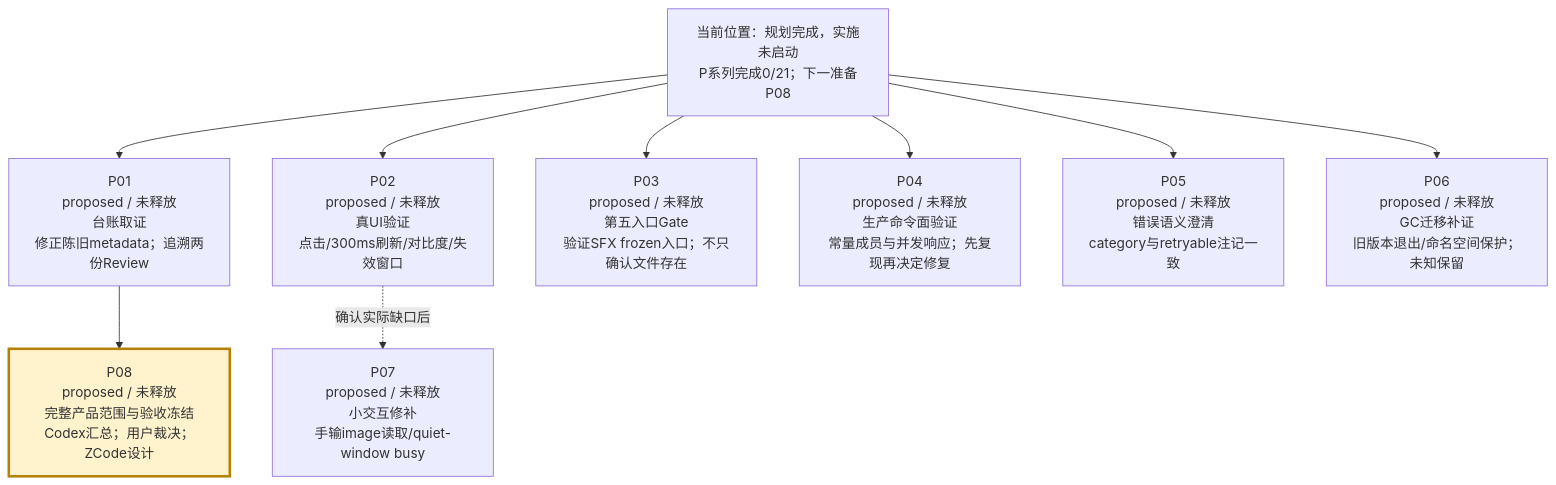
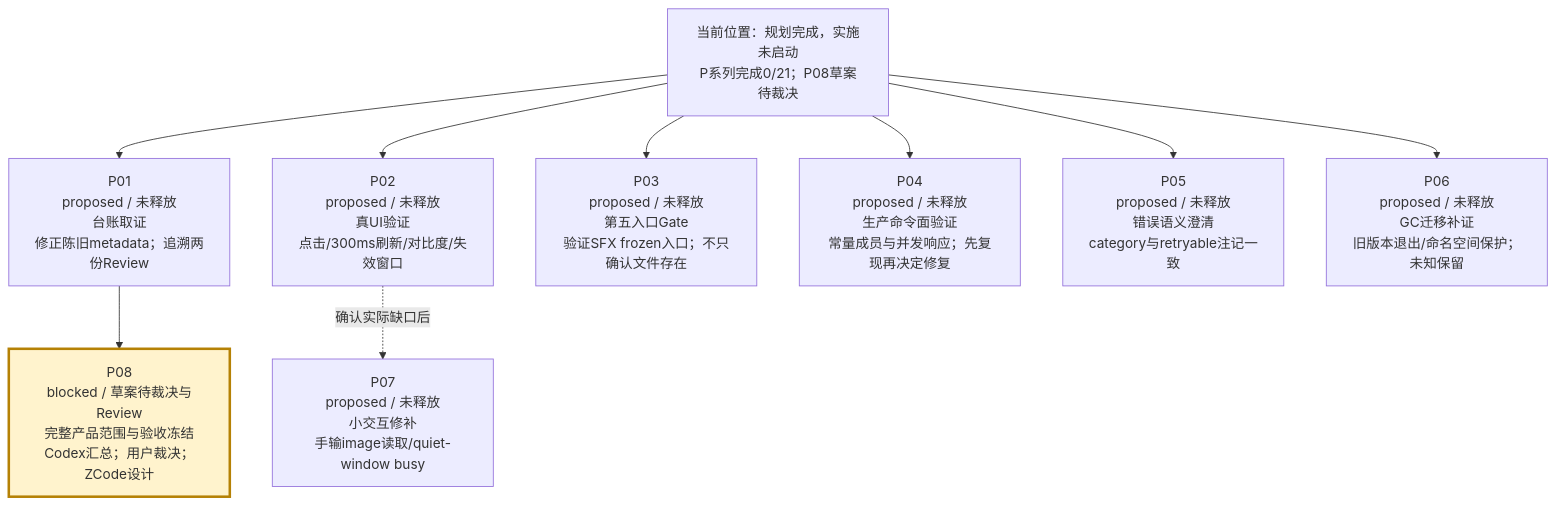
Before and after one commit to peakwheat-pixel/New-Manga: the second of 4 diagrams in verification/PROJECT-ROADMAP-20261008/ROADMAP.md, drawn with Mermaid. The commit also changed other lines of this file and 14 other files, not shown here.

````diff
--- a/verification/PROJECT-ROADMAP-20261008/ROADMAP.md
+++ b/verification/PROJECT-ROADMAP-20261008/ROADMAP.md
@@ -28,12 +30,12 @@
 ```mermaid
 flowchart TB
-  BASE["当前位置：规划完成，实施未启动<br/>P系列完成0/21；下一准备P08"] --> P01["P01<br/>proposed / 未释放<br/>台账取证<br/>修正陈旧metadata；追溯两份Review"]
+  BASE["当前位置：规划完成，实施未启动<br/>P系列完成0/21；P08草案待裁决"] --> P01["P01<br/>proposed / 未释放<br/>台账取证<br/>修正陈旧metadata；追溯两份Review"]
   BASE --> P02["P02<br/>proposed / 未释放<br/>真UI验证<br/>点击/300ms刷新/对比度/失效窗口"]
   BASE --> P03["P03<br/>proposed / 未释放<br/>第五入口Gate<br/>验证SFX frozen入口；不只确认文件存在"]
   BASE --> P04["P04<br/>proposed / 未释放<br/>生产命令面验证<br/>常量成员与并发响应；先复现再决定修复"]
   BASE --> P05["P05<br/>proposed / 未释放<br/>错误语义澄清<br/>category与retryable注记一致"]
   BASE --> P06["P06<br/>proposed / 未释放<br/>GC迁移补证<br/>旧版本退出/命名空间保护；未知保留"]
   P02 -. "确认实际缺口后" .-> P07["P07<br/>proposed / 未释放<br/>小交互修补<br/>手输image读取/quiet-window busy"]
-  P01 --> P08["P08<br/>proposed / 未释放<br/>完整产品范围与验收冻结<br/>Codex汇总；用户裁决；ZCode设计"]
+  P01 --> P08["P08<br/>blocked / 草案待裁决与Review<br/>完整产品范围与验收冻结<br/>Codex汇总；用户裁决；ZCode设计"]
   style P08 fill:#fff3cd,stroke:#b58105,stroke-width:3px
 ```
````
